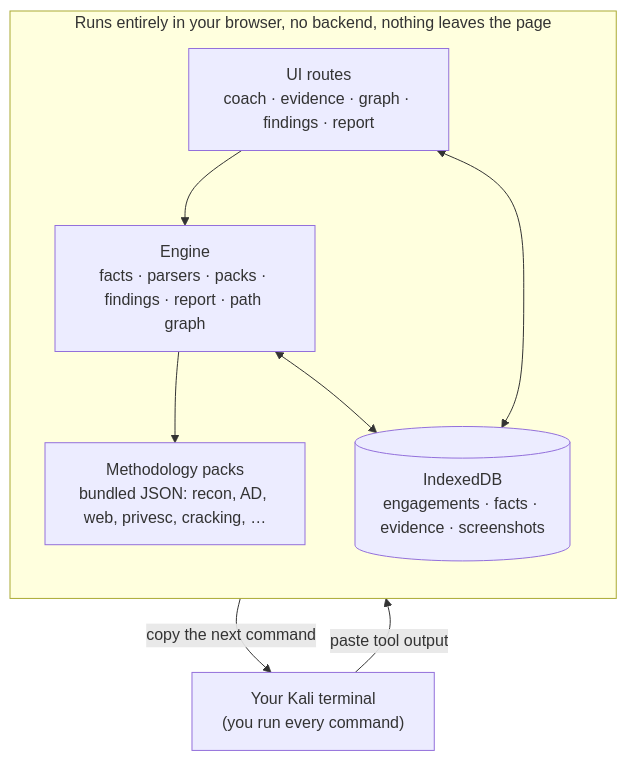
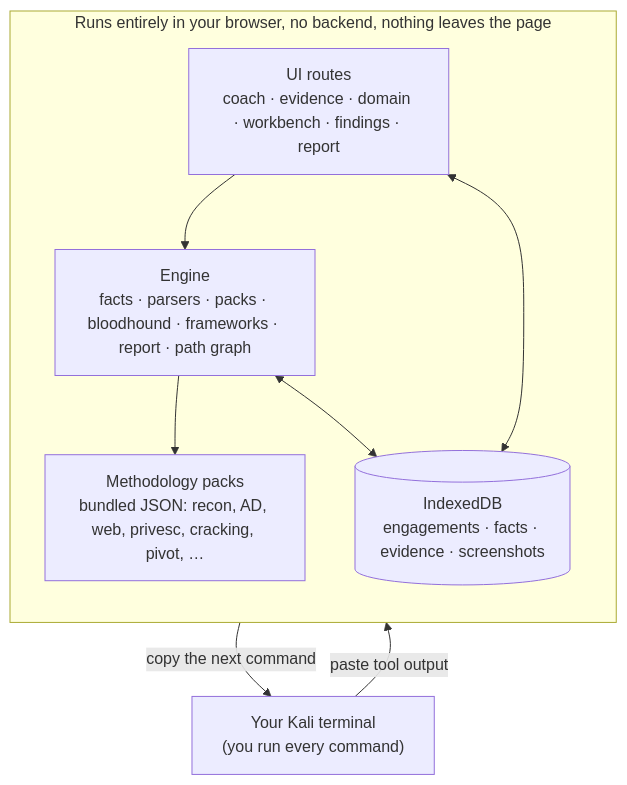
The second of 2 diagrams in README.md (platocres/obol), drawn with Mermaid before and after one commit. The commit also changed other lines of this file and 264 other files, not shown here.

First line of the commit message:
Add Workbench, Stuck, Domain analysis, ATT&CK frameworks, Help, and Cruise

````diff
--- a/README.md
+++ b/README.md
@@ -219,17 +265,17 @@
 ```mermaid
 flowchart TB
     term["Your Kali terminal<br/>(you run every command)"]
     subgraph browser["Runs entirely in your browser, no backend, nothing leaves the page"]
         direction TB
-        ui["UI routes<br/>coach · evidence · graph · findings · report"]
-        engine["Engine<br/>facts · parsers · packs · findings · report · path graph"]
-        packs["Methodology packs<br/>bundled JSON: recon, AD, web, privesc, cracking, …"]
+        ui["UI routes<br/>coach · evidence · domain · workbench · findings · report"]
+        engine["Engine<br/>facts · parsers · packs · bloodhound · frameworks · report · path graph"]
+        packs["Methodology packs<br/>bundled JSON: recon, AD, web, privesc, cracking, pivot, …"]
         db[("IndexedDB<br/>engagements · facts · evidence · screenshots")]
         ui --> engine
         engine --> packs
         ui <--> db
         engine <--> db
     end
     term -- "paste tool output" --> ui
     ui -- "copy the next command" --> term
 ```
````
